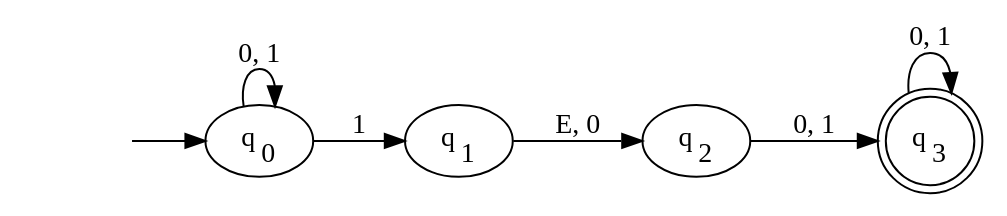
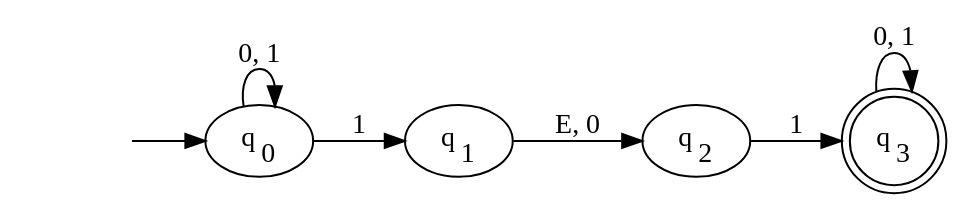
The second of 11 diagrams in courses/flat/lectures/lecture3.md (atu-se/atu.innomadic.com), drawn with Graphviz before and after one commit. The commit also changed other lines of this file and 15 other files, not shown here.

````diff
--- a/courses/flat/lectures/lecture3.md
+++ b/courses/flat/lectures/lecture3.md
@@ -97,17 +97,17 @@
 ```dot
 digraph G{
     rankdir="LR"
     null [label= "", shape=none]
     q0 [label=<q<SUB>0</SUB>>]
     q1 [label=<q<SUB>1</SUB>>]
     q2 [label=<q<SUB>2</SUB>>]
     q3 [label=<q<SUB>3</SUB>>, shape=doublecircle]
 
     null -> q0
     q0 -> q0  [label="0, 1"]
     q0  -> q1 [label="1"]
     q1 -> q2 [label="E, 0"]
-    q2 -> q3 [label="0, 1"]
+    q2 -> q3 [label="1"]
     q3 -> q3 [label="0, 1"]
 }
 ```
````
